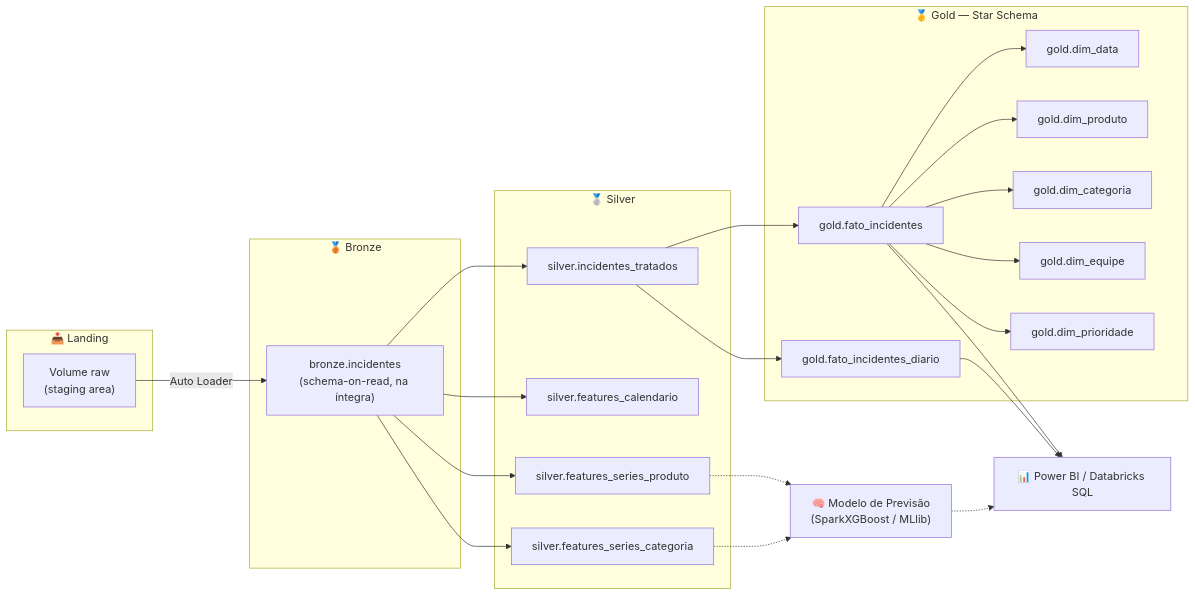
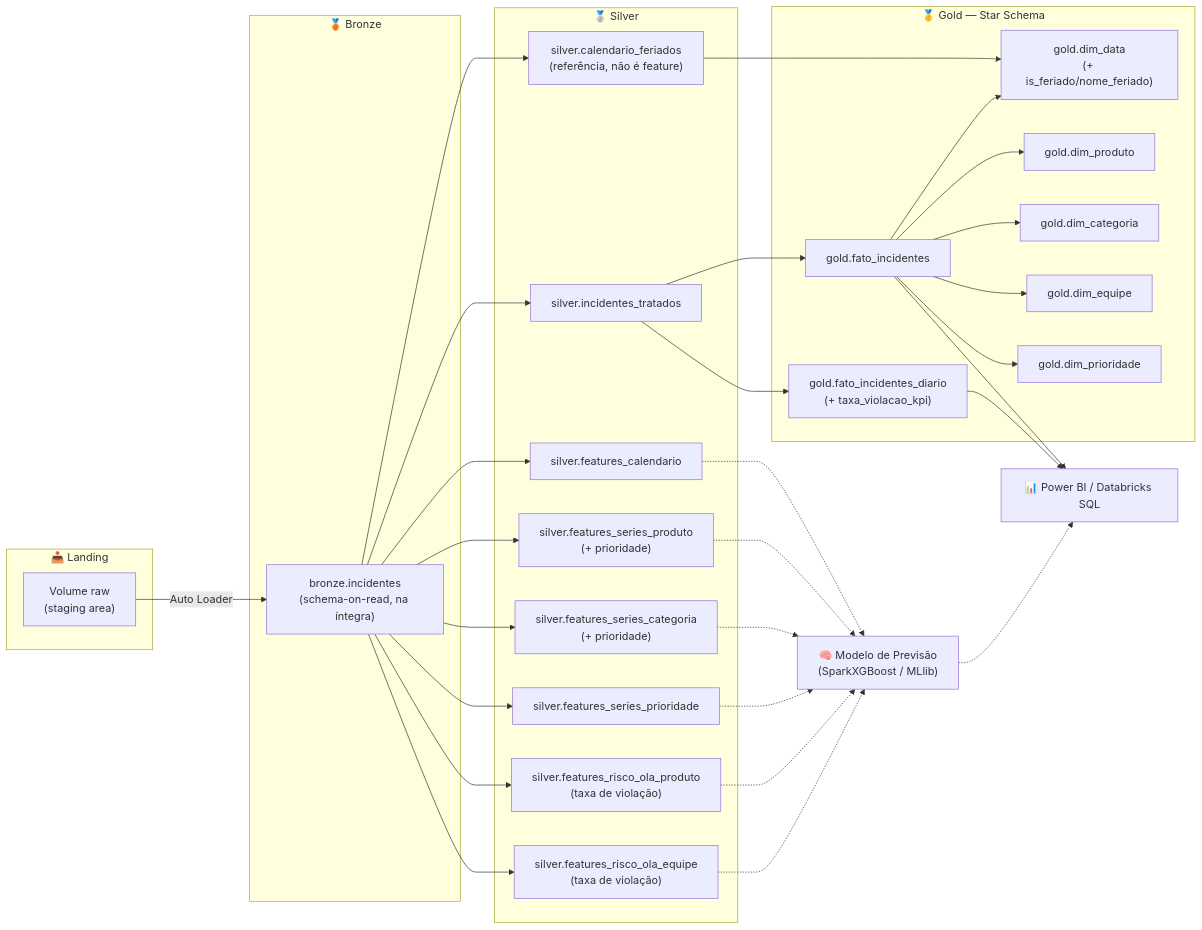
Before and after one commit to carlosclaudinolima/antecipeai: the diagram in README.md, drawn with Mermaid. The commit also changed other lines of this file, not shown here.

````diff
--- a/README.md
+++ b/README.md
@@ -56,44 +56,57 @@
 ```mermaid
 flowchart LR
     subgraph Landing["📥 Landing"]
         V["Volume raw<br/>(staging area)"]
     end
 
     subgraph Bronze["🥉 Bronze"]
         B["bronze.incidentes<br/>(schema-on-read, na íntegra)"]
     end
 
     subgraph Silver["🥈 Silver"]
         S1["silver.incidentes_tratados"]
-        S2["silver.features_calendario"]
-        S3["silver.features_series_produto"]
-        S4["silver.features_series_categoria"]
+        S2["silver.calendario_feriados<br/>(referência, não é feature)"]
+        S3["silver.features_calendario"]
+        S4["silver.features_series_produto<br/>(+ prioridade)"]
+        S5["silver.features_series_categoria<br/>(+ prioridade)"]
+        S6["silver.features_series_prioridade"]
+        S7["silver.features_risco_ola_produto<br/>(taxa de violação)"]
+        S8["silver.features_risco_ola_equipe<br/>(taxa de violação)"]
     end
 
     subgraph Gold["🥇 Gold — Star Schema"]
         F["gold.fato_incidentes"]
-        FA["gold.fato_incidentes_diario"]
-        D1["gold.dim_data"]
+        FA["gold.fato_incidentes_diario<br/>(+ taxa_violacao_kpi)"]
+        D1["gold.dim_data<br/>(+ is_feriado/nome_feriado)"]
         D2["gold.dim_produto"]
         D3["gold.dim_categoria"]
         D4["gold.dim_equipe"]
         D5["gold.dim_prioridade"]
     end
 
     ML["🧠 Modelo de Previsão<br/>(SparkXGBoost / MLlib)"]
     BI["📊 Power BI / Databricks SQL"]
 
     V -->|Auto Loader| B
     B --> S1
     B --> S2
     B --> S3
     B --> S4
+    B --> S5
+    B --> S6
+    B --> S7
+    B --> S8
     S1 --> F
     S1 --> FA
+    S2 --> D1
     S3 -.-> ML
     S4 -.-> ML
+    S5 -.-> ML
+    S6 -.-> ML
+    S7 -.-> ML
+    S8 -.-> ML
     F --> D1 & D2 & D3 & D4 & D5
     F --> BI
     FA --> BI
     ML -.-> BI
 ```
````
